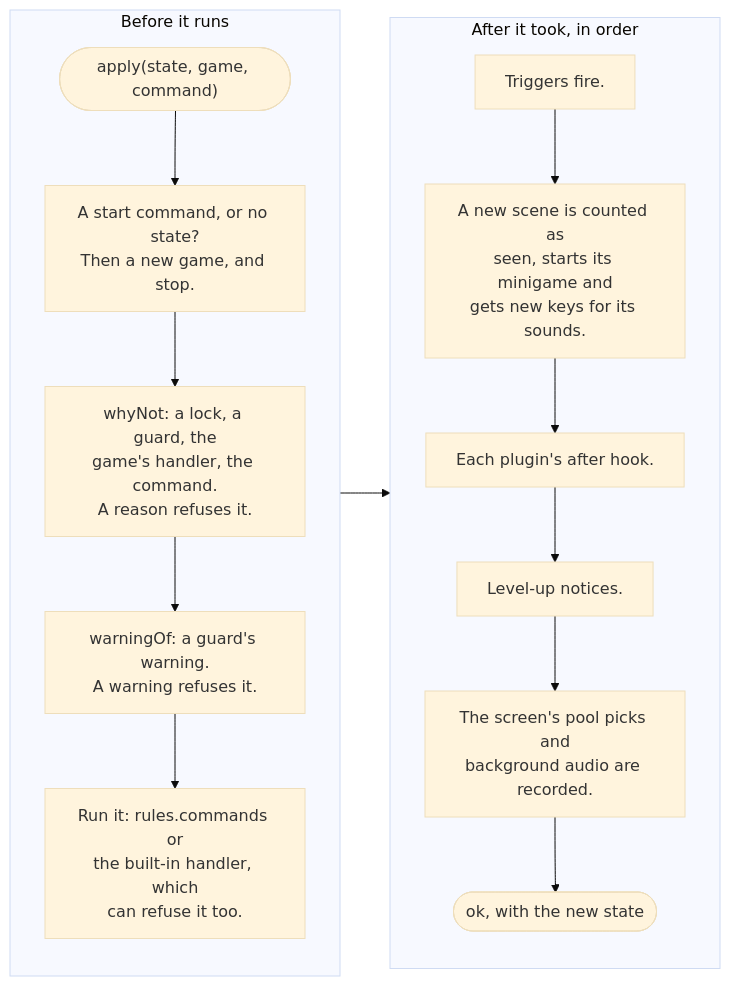
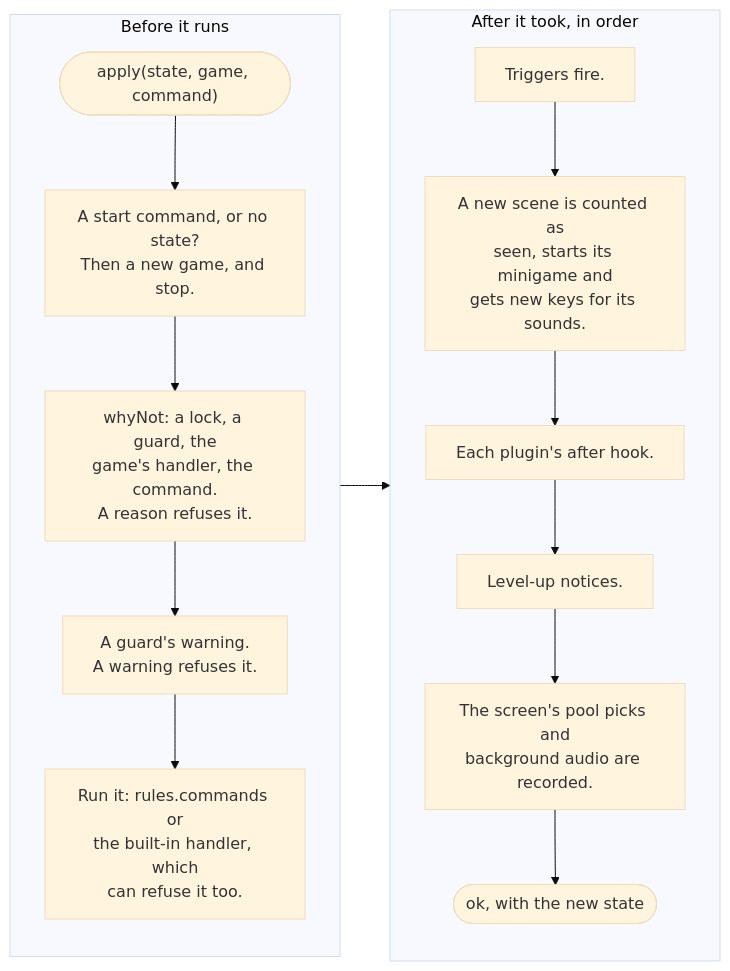
The diagram in docs/content/docs/(latest)/reference/commands.md (IFLoom/ifloom), drawn with Mermaid (base theme) before and after one commit. The commit also changed other lines of this file and 88 other files, not shown here.

````diff
--- a/docs/content/docs/(latest)/reference/commands.md
+++ b/docs/content/docs/(latest)/reference/commands.md
@@ -50,15 +50,15 @@
 ```mermaid
 flowchart LR
   subgraph before["Before it runs"]
     direction TB
     cmd(["apply(state, game, command)"]) --> isStart["A start command, or no state?<br/>Then a new game, and stop."]
     isStart --> whyNot["whyNot: a lock, a guard, the<br/>game's handler, the command.<br/>A reason refuses it."]
-    whyNot --> warning["warningOf: a guard's warning.<br/>A warning refuses it."]
+    whyNot --> warning["A guard's warning.<br/>A warning refuses it."]
     warning --> run["Run it: rules.commands or<br/>the built-in handler, which<br/>can refuse it too."]
   end
   subgraph after["After it took, in order"]
     direction TB
     triggers["Triggers fire."] --> scene["A new scene is counted as<br/>seen, starts its minigame and<br/>gets new keys for its sounds."] --> hooks["Each plugin's after hook."] --> levels["Level-up notices."] --> shown["The screen's pool picks and<br/>background audio are recorded."] --> ok(["ok, with the new state"])
   end
   before --> after
 ```
````
